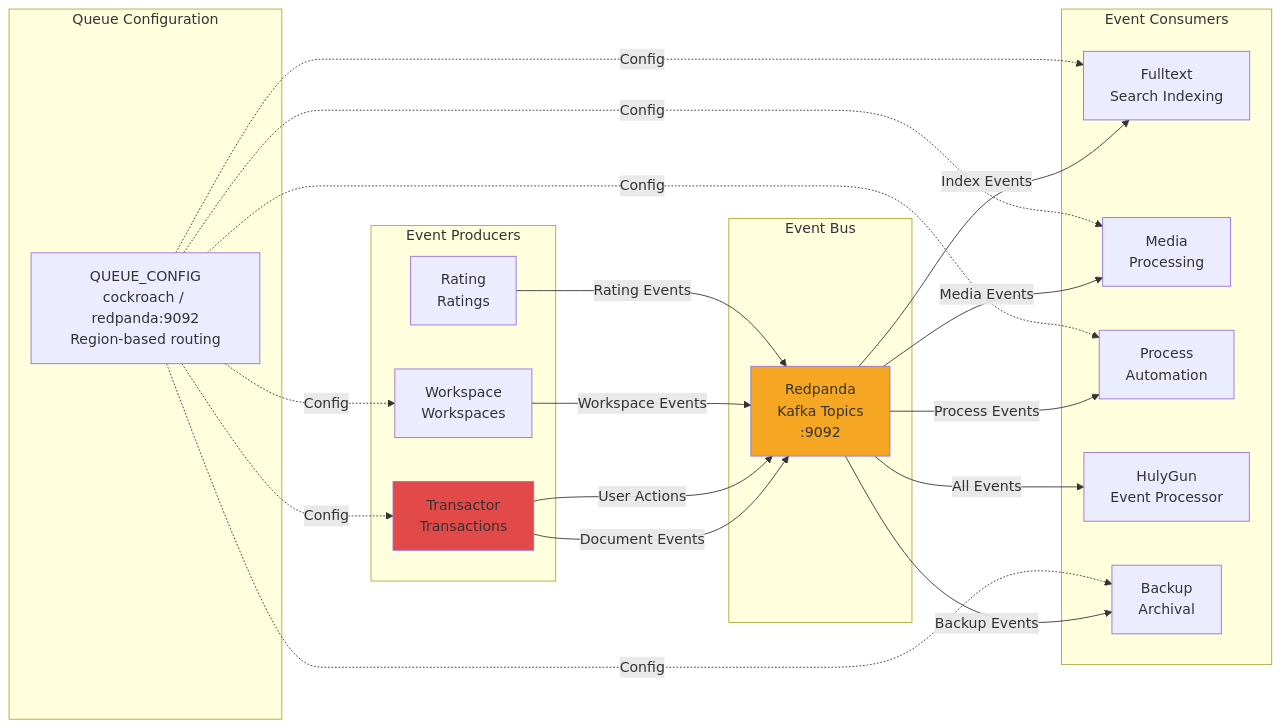
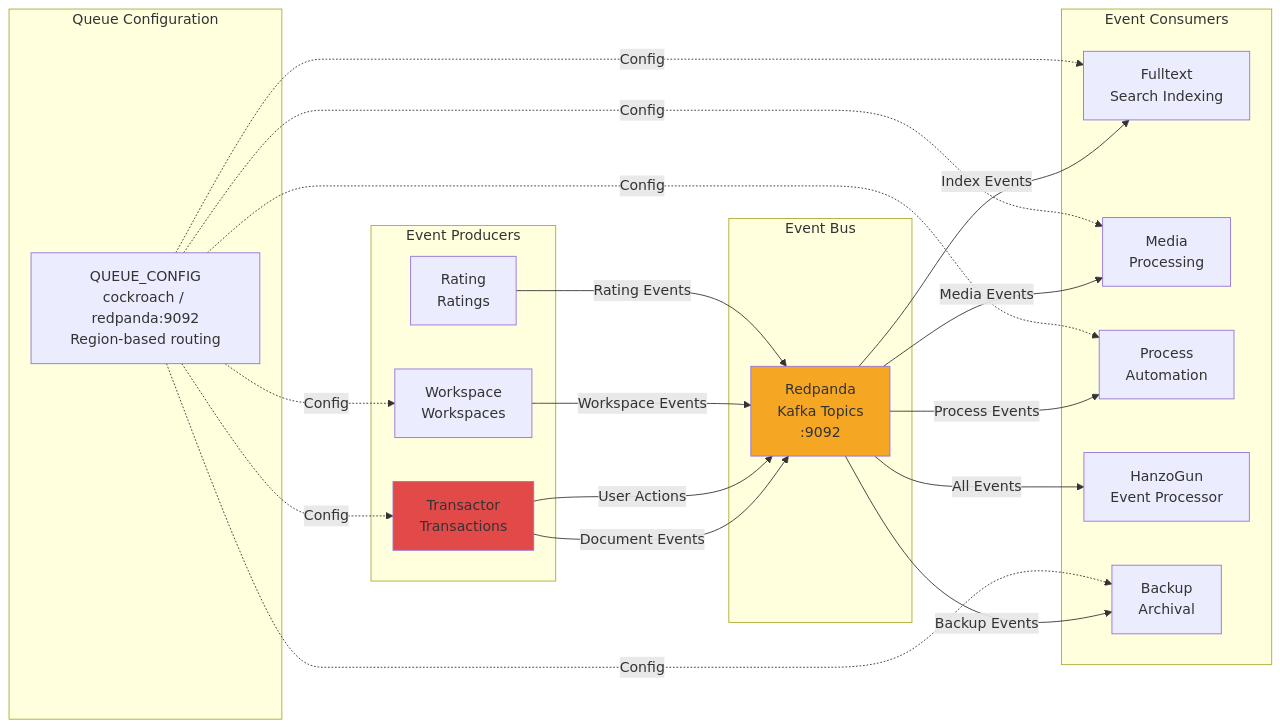
One commit to hanzoai/team changed the second of 4 diagrams in ARCHITECTURE_OVERVIEW.md. Above: the diagram before and after it, drawn with Mermaid. The commit also changed other lines of this file and 214 other files, not shown here.

````diff
--- a/ARCHITECTURE_OVERVIEW.md
+++ b/ARCHITECTURE_OVERVIEW.md
@@ -216,45 +216,45 @@
 ```mermaid
 graph LR
     subgraph "Event Producers"
         Transactor[Transactor<br/>Transactions]
         Workspace[Workspace<br/>Workspaces]
         Rating[Rating<br/>Ratings]
     end
     
     subgraph "Event Bus"
         Redpanda[Redpanda<br/>Kafka Topics<br/>:9092]
     end
     
     subgraph "Event Consumers"
         Fulltext[Fulltext<br/>Search Indexing]
         Media[Media<br/>Processing]
         Process[Process<br/>Automation]
-        Gun[HulyGun<br/>Event Processor]
+        Gun[HanzoGun<br/>Event Processor]
         BackupSvc2[Backup<br/>Archival]
     end
     
     subgraph "Queue Configuration"
         QC["QUEUE_CONFIG<br/>cockroach / redpanda:9092<br/>Region-based routing"]
     end
     
     Transactor -->|Document Events| Redpanda
     Transactor -->|User Actions| Redpanda
     Workspace -->|Workspace Events| Redpanda
     Rating -->|Rating Events| Redpanda
     
     Redpanda -->|Index Events| Fulltext
     Redpanda -->|Media Events| Media
     Redpanda -->|Process Events| Process
     Redpanda -->|All Events| Gun
     Redpanda -->|Backup Events| BackupSvc2
     
     QC -.Config.-> Transactor
     QC -.Config.-> Workspace
     QC -.Config.-> Fulltext
     QC -.Config.-> Media
     QC -.Config.-> Process
     QC -.Config.-> BackupSvc2
     
     style Redpanda fill:#F5A623
     style Transactor fill:#E24A4A
 ```
````
